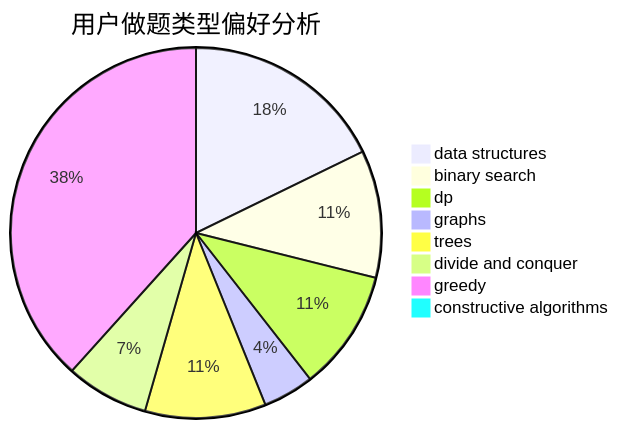
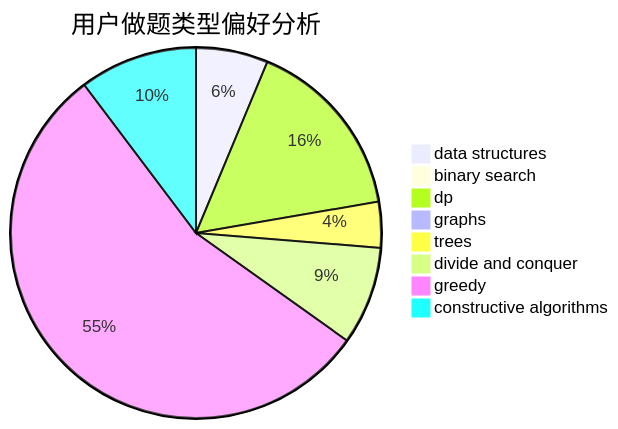
One commit to sherpahu/cfrs.github.io changed the second of 3 diagrams in docs/user/u2205.md. Above: the diagram before and after it, drawn with Mermaid. The commit also changed other lines of this file and 2770 other files, not shown here.

````diff
--- a/docs/user/u2205.md
+++ b/docs/user/u2205.md
@@ -23,11 +23,11 @@
 ```mermaid
 pie title 用户做题类型偏好分析
-    "data structures" :  32
-    "binary search" :  20
-    "dp" :  19
-    "graphs" :  8
-    "trees" :  19
-    "divide and conquer" :  13
-    "greedy" :  69
-    "constructive algorithms" :  0
+    "data structures" :  11
+    "binary search" :  0
+    "dp" :  28
+    "graphs" :  1
+    "trees" :  7
+    "divide and conquer" :  15
+    "greedy" :  96
+    "constructive algorithms" :  18
 ```
````
